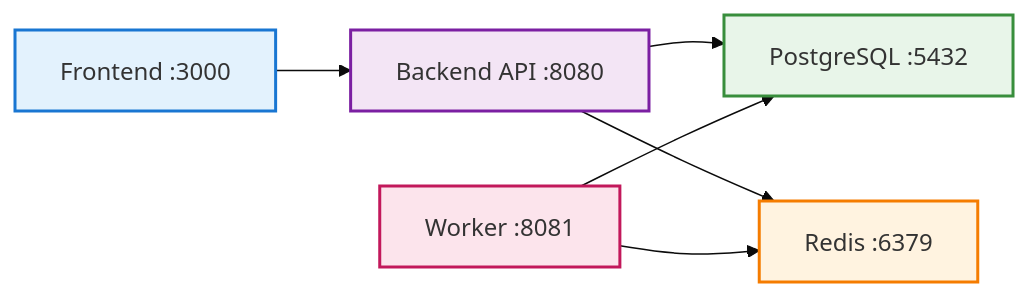
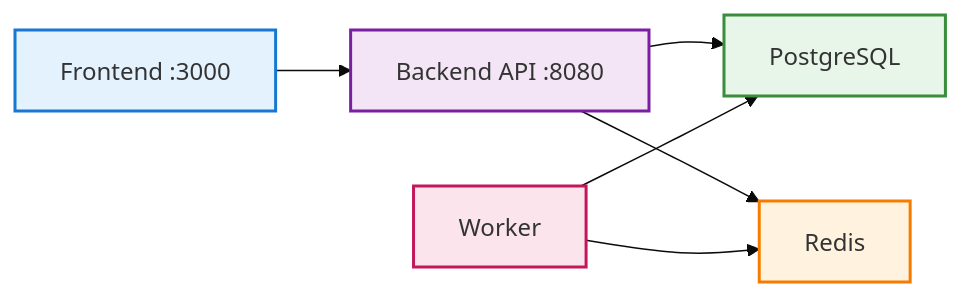
The diagram in docs/content/guides/quick-start-guide.mdx (rhesis-ai/rhesis), drawn with Mermaid (base theme) before and after one commit. The commit also changed other lines of this file and 23 other files, not shown here.

````diff
--- a/docs/content/guides/quick-start-guide.mdx
+++ b/docs/content/guides/quick-start-guide.mdx
@@ -170,20 +173,20 @@
 ```mermaid
 graph LR
     Frontend[Frontend :3000]
     Backend[Backend API :8080]
-    Worker[Worker :8081]
-    PostgreSQL[PostgreSQL :5432]
-    Redis[Redis :6379]
+    Worker[Worker]
+    PostgreSQL[PostgreSQL]
+    Redis[Redis]
 
     Frontend --> Backend
     Backend --> PostgreSQL
     Backend --> Redis
     Worker --> Redis
     Worker --> PostgreSQL
 
     style Frontend fill:#e3f2fd,stroke:#1976d2,stroke-width:2px
     style Backend fill:#f3e5f5,stroke:#7b1fa2,stroke-width:2px
     style Worker fill:#fce4ec,stroke:#c2185b,stroke-width:2px
     style PostgreSQL fill:#e8f5e9,stroke:#388e3c,stroke-width:2px
     style Redis fill:#fff3e0,stroke:#f57c00,stroke-width:2px
 ```
````
